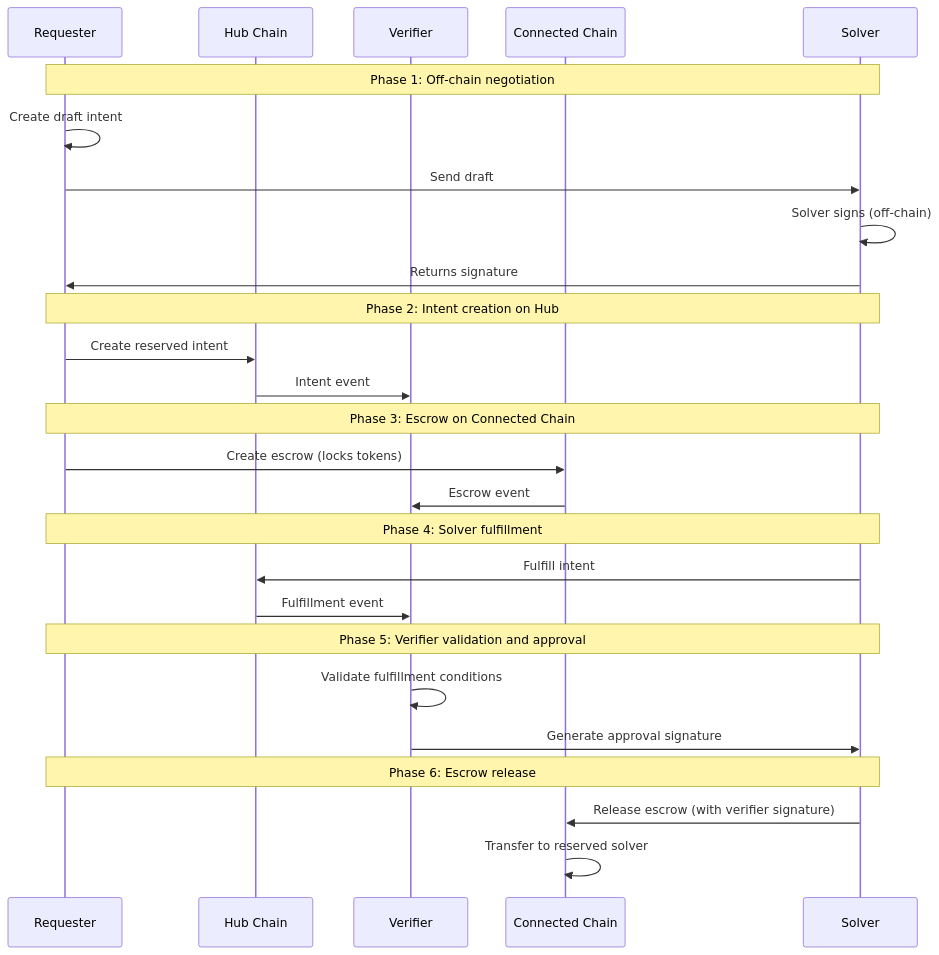
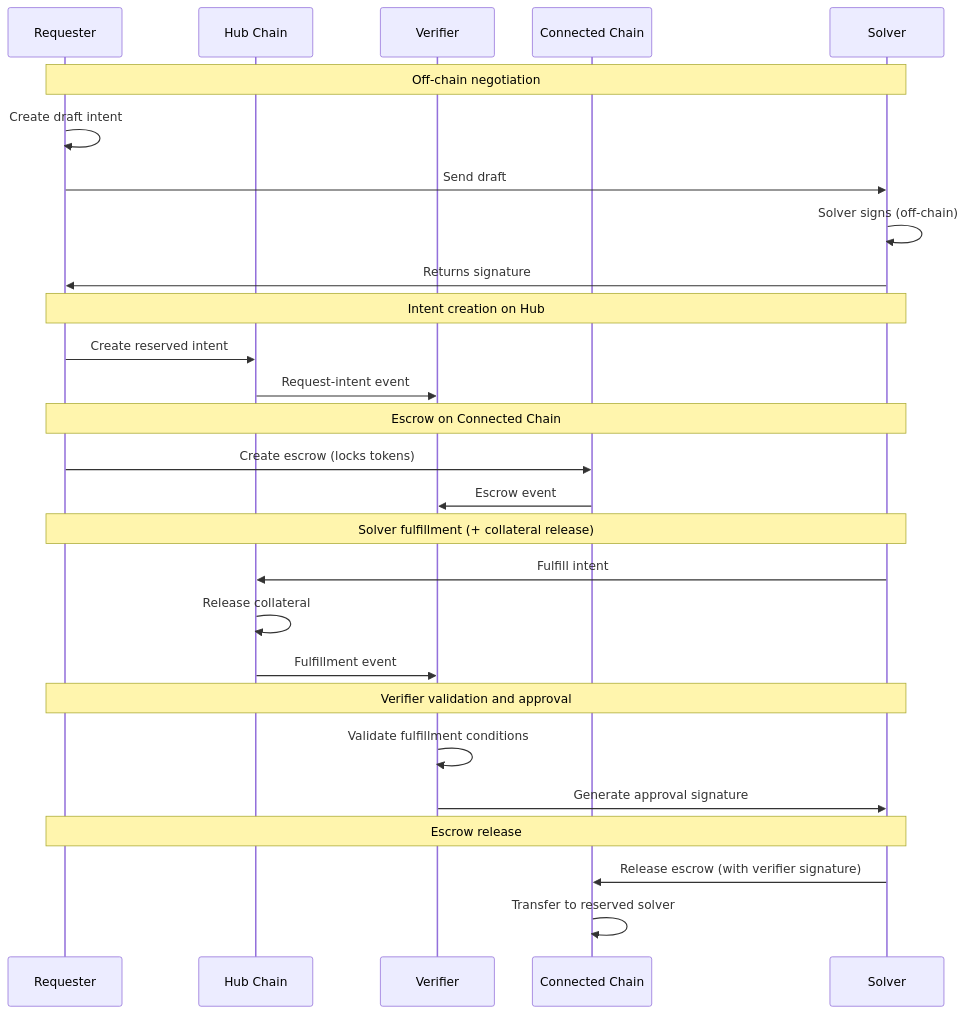
One commit to movementlabsxyz/intent-framework changed the diagram in .taskmaster/docs/conception/conception_inflow.md. Above: the diagram before and after it, drawn with Mermaid. The commit also changed 3 other files, not shown here.

````diff
--- a/.taskmaster/docs/conception/conception_inflow.md
+++ b/.taskmaster/docs/conception/conception_inflow.md
@@ -15,34 +15,35 @@
 ```mermaid
 sequenceDiagram
     participant Requester
     participant Hub as Hub Chain
     participant Verifier
     participant Connected as Connected Chain
     participant Solver
 
-    Note over Requester,Solver: Phase 1: Off-chain negotiation
+    Note over Requester,Solver: Off-chain negotiation
     Requester->>Requester: Create draft intent
     Requester->>Solver: Send draft
     Solver->>Solver: Solver signs (off-chain)
     Solver->>Requester: Returns signature
 
-    Note over Requester,Solver: Phase 2: Intent creation on Hub
+    Note over Requester,Solver: Intent creation on Hub
     Requester->>Hub: Create reserved intent
-    Hub->>Verifier: Intent event
+    Hub->>Verifier: Request-intent event
 
-    Note over Requester,Solver: Phase 3: Escrow on Connected Chain
+    Note over Requester,Solver: Escrow on Connected Chain
     Requester->>Connected: Create escrow (locks tokens)
     Connected->>Verifier: Escrow event
 
-    Note over Requester,Solver: Phase 4: Solver fulfillment
+    Note over Requester,Solver: Solver fulfillment (+ collateral release)
     Solver->>Hub: Fulfill intent
+    Hub->>Hub: Release collateral
     Hub->>Verifier: Fulfillment event
 
-    Note over Requester,Solver: Phase 5: Verifier validation and approval
+    Note over Requester,Solver: Verifier validation and approval
     Verifier->>Verifier: Validate fulfillment conditions
     Verifier->>Solver: Generate approval signature
 
-    Note over Requester,Solver: Phase 6: Escrow release
+    Note over Requester,Solver: Escrow release
     Solver->>Connected: Release escrow (with verifier signature)
     Connected->>Connected: Transfer to reserved solver
 ```
````
